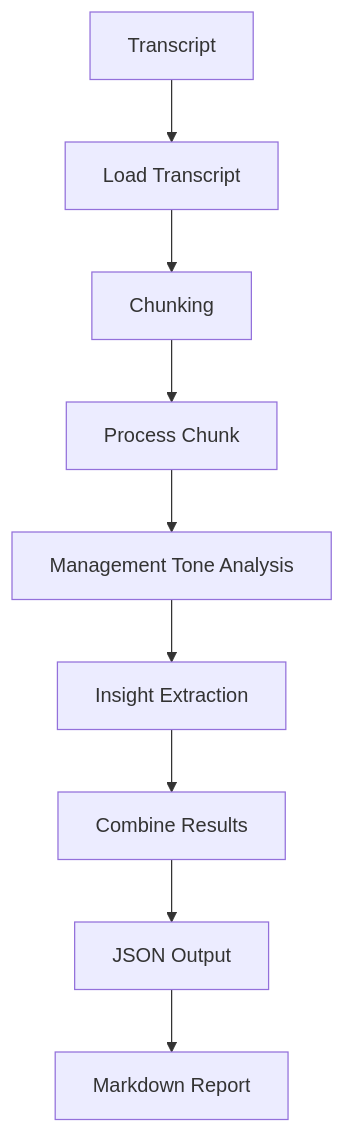
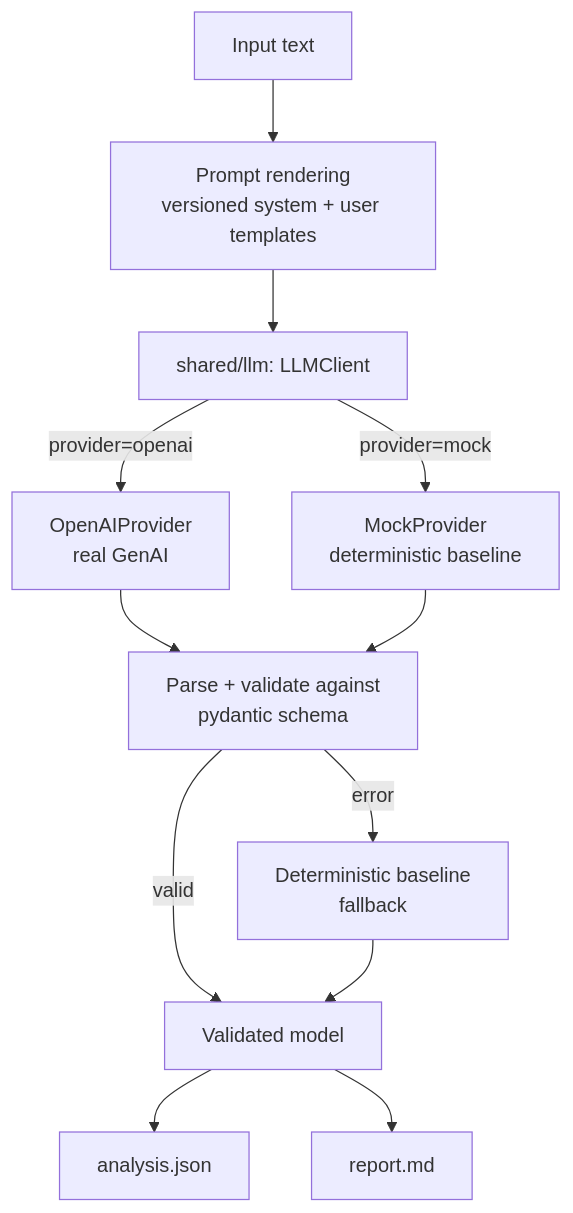
Before and after one commit to nicolyyr/bradesco-bbi-ai-challenge: the diagram in README.md, drawn with Mermaid. The commit also changed other lines of this file and 46 other files, not shown here.

````diff
--- a/README.md
+++ b/README.md
@@ -80,11 +69,14 @@
 ```mermaid
 flowchart TD
-    A[Transcript] --> B[Load Transcript]
-    B --> C[Chunking]
-    C --> D[Process Chunk]
-    D --> E[Management Tone Analysis]
-    E --> F[Insight Extraction]
-    F --> G[Combine Results]
-    G --> H[JSON Output]
-    H --> I[Markdown Report]
+    IN[Input text] --> R[Prompt rendering<br/>versioned system + user templates]
+    R --> CL[shared/llm: LLMClient]
+    CL -->|provider=openai| OAI[OpenAIProvider<br/>real GenAI]
+    CL -->|provider=mock| MK[MockProvider<br/>deterministic baseline]
+    OAI --> V[Parse + validate against<br/>pydantic schema]
+    MK --> V
+    V -->|valid| OUT[Validated model]
+    V -->|error| FB[Deterministic baseline<br/>fallback]
+    FB --> OUT
+    OUT --> J[analysis.json]
+    OUT --> MD[report.md]
 ```
````
